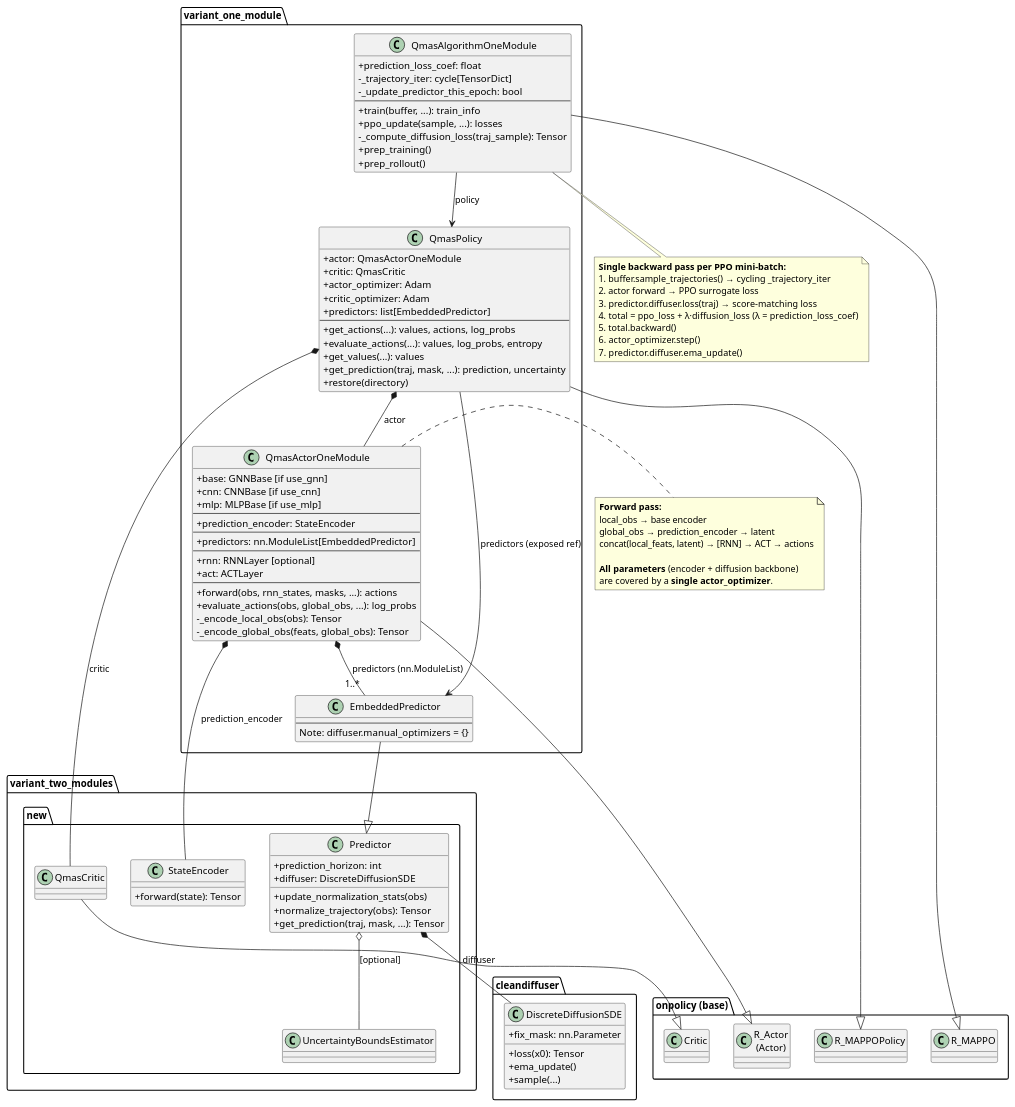
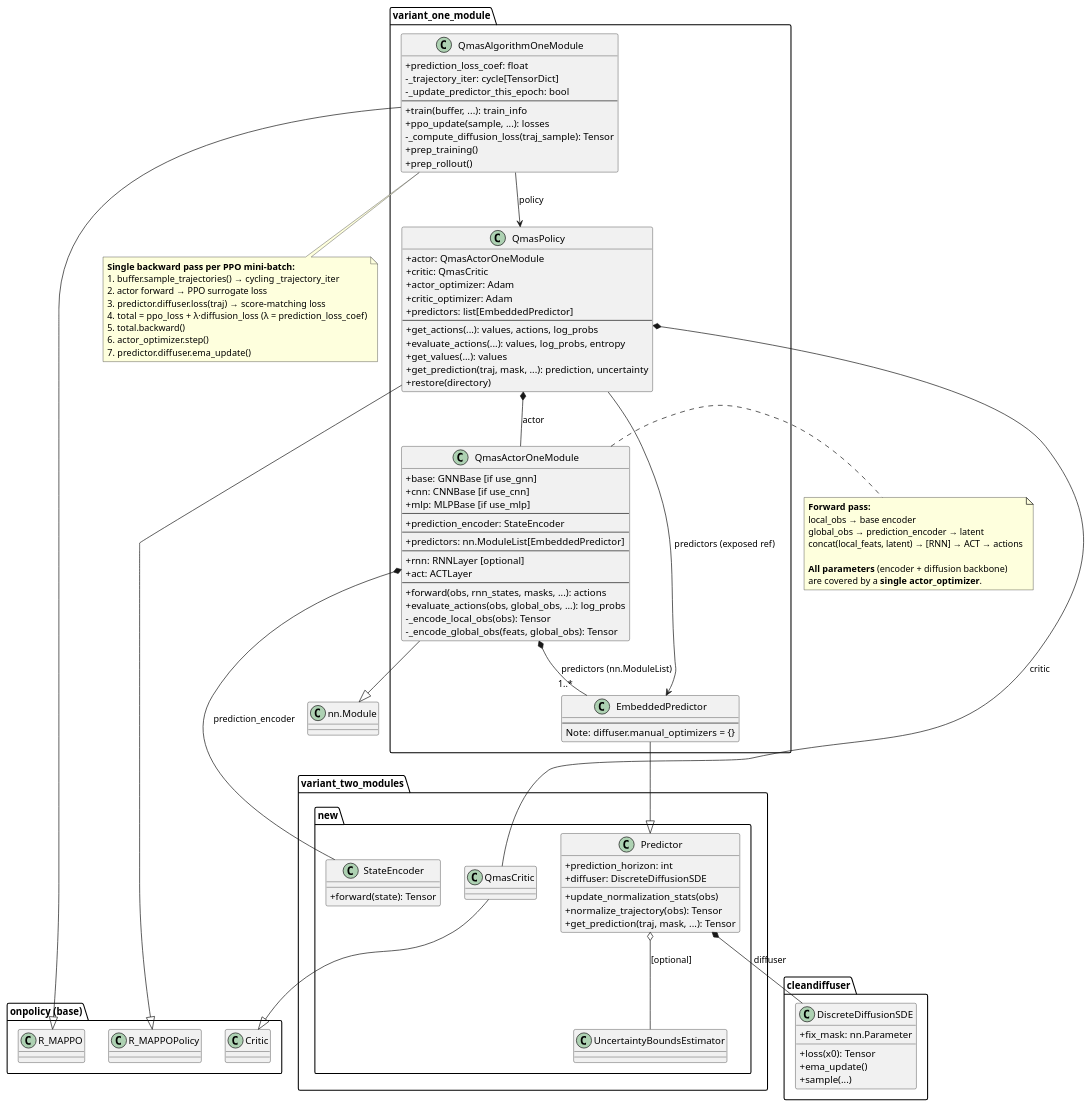
Before and after one commit to NU-IDEAS-Lab/qmas: the diagram in doc/one-module.puml, drawn with PlantUML. The commit also changed 5 other files, not shown here.

Commit message:
Update diagrams

```diff
--- a/doc/one-module.puml
+++ b/doc/one-module.puml
@@ -1,136 +1,137 @@
 @startuml
 skinparam classAttributeIconSize 0
 skinparam groupInheritance 2
 
 ' ─── External base classes ─────────────────────────────────────────────────
 package "onpolicy (base)" {
     class R_MAPPOPolicy
     class R_MAPPO
-    class R_Actor as "R_Actor\n(Actor)"
     class Critic
 }
+
+class "nn.Module" as NNModule
 
 ' ─── variant_two_modules.new (reused components) ───────────────────────────
 package "variant_two_modules.new" {
     class StateEncoder {
         +forward(state): Tensor
     }
     class QmasCritic
     class Predictor {
         +prediction_horizon: int
         +diffuser: DiscreteDiffusionSDE
         +update_normalization_stats(obs)
         +normalize_trajectory(obs): Tensor
         +get_prediction(traj, mask, ...): Tensor
     }
     class UncertaintyBoundsEstimator
 }
 
 package "cleandiffuser" {
     class DiscreteDiffusionSDE {
         +fix_mask: nn.Parameter
         +loss(x0): Tensor
         +ema_update()
         +sample(...)
     }
 }
 
 ' ─── variant_one_module ─────────────────────────────────────────────────────
 package "variant_one_module" {
 
     class EmbeddedPredictor {
         ' Internal diffuser optimizers disabled;\n' managed by actor_optimizer
         --
         Note: diffuser.manual_optimizers = {}
     }
 
     class QmasActorOneModule {
         ' Local encoder (one of):
         +base: GNNBase [if use_gnn]
         +cnn: CNNBase [if use_cnn]
         +mlp: MLPBase [if use_mlp]
         --
         ' Global obs encoder:
         +prediction_encoder: StateEncoder
         --
         ' Diffusion ensemble:
         +predictors: nn.ModuleList[EmbeddedPredictor]
         --
         ' Sequence model + policy head:
         +rnn: RNNLayer [optional]
         +act: ACTLayer
         --
         +forward(obs, rnn_states, masks, ...): actions
         +evaluate_actions(obs, global_obs, ...): log_probs
         -_encode_local_obs(obs): Tensor
         -_encode_global_obs(feats, global_obs): Tensor
     }
 
     class QmasPolicy {
         +actor: QmasActorOneModule
         +critic: QmasCritic
         +actor_optimizer: Adam
         +critic_optimizer: Adam
         +predictors: list[EmbeddedPredictor]
         --
         +get_actions(...): values, actions, log_probs
         +evaluate_actions(...): values, log_probs, entropy
         +get_values(...): values
         +get_prediction(traj, mask, ...): prediction, uncertainty
         +restore(directory)
     }
 
     class QmasAlgorithmOneModule {
         +prediction_loss_coef: float
         -_trajectory_iter: cycle[TensorDict]
         -_update_predictor_this_epoch: bool
         --
         +train(buffer, ...): train_info
         +ppo_update(sample, ...): losses
         -_compute_diffusion_loss(traj_sample): Tensor
         +prep_training()
         +prep_rollout()
     }
 }
 
 ' ─── Inheritance ─────────────────────────────────────────────────────────────
 EmbeddedPredictor    --|> Predictor
-QmasActorOneModule   --|> R_Actor
+QmasActorOneModule   --|> NNModule
 QmasCritic           --|> Critic
 QmasPolicy           --|> R_MAPPOPolicy
 QmasAlgorithmOneModule --|> R_MAPPO
 
 ' ─── Composition ─────────────────────────────────────────────────────────────
 QmasPolicy          *-- QmasActorOneModule        : actor
 QmasPolicy          *-- QmasCritic                : critic
 QmasActorOneModule  *-- StateEncoder              : prediction_encoder
 QmasActorOneModule  *--  "1..*" EmbeddedPredictor : predictors (nn.ModuleList)
 Predictor           *-- DiscreteDiffusionSDE      : diffuser
 Predictor           o-- UncertaintyBoundsEstimator : [optional]
 
 ' ─── Association ─────────────────────────────────────────────────────────────
 QmasAlgorithmOneModule --> QmasPolicy            : policy
 QmasPolicy             --> EmbeddedPredictor     : predictors (exposed ref)
 
 ' ─── Training data flow note ─────────────────────────────────────────────────
 note bottom of QmasAlgorithmOneModule
   **Single backward pass per PPO mini-batch:**
   1. buffer.sample_trajectories() → cycling _trajectory_iter
   2. actor forward → PPO surrogate loss
   3. predictor.diffuser.loss(traj) → score-matching loss
   4. total = ppo_loss + λ·diffusion_loss  (λ = prediction_loss_coef)
   5. total.backward()
   6. actor_optimizer.step()
   7. predictor.diffuser.ema_update()
 end note
 
 note right of QmasActorOneModule
   **Forward pass:**
   local_obs → base encoder
   global_obs → prediction_encoder → latent
   concat(local_feats, latent) → [RNN] → ACT → actions
 
   **All parameters** (encoder + diffusion backbone)
   are covered by a **single actor_optimizer**.
 end note
 @enduml
```
